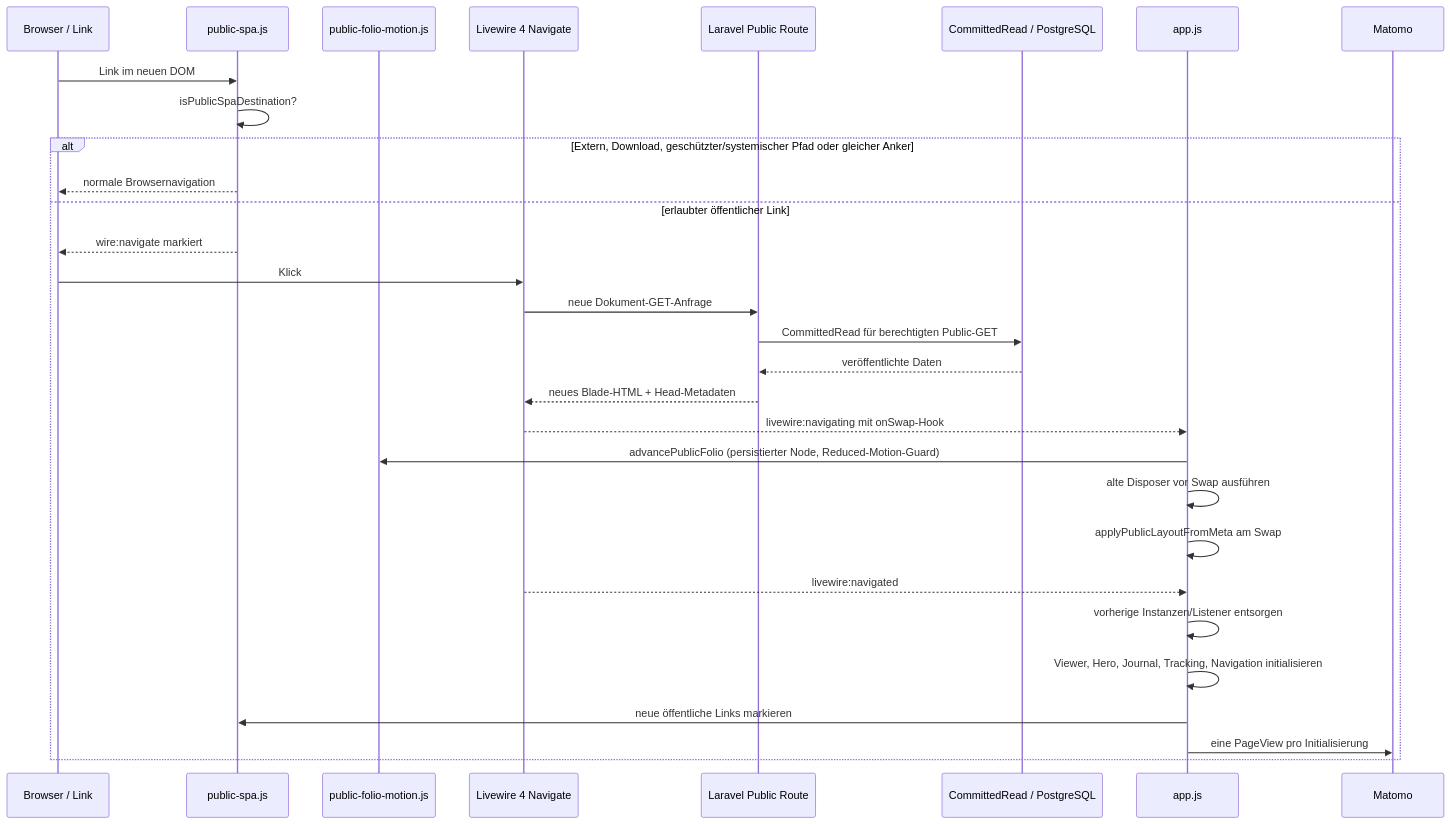
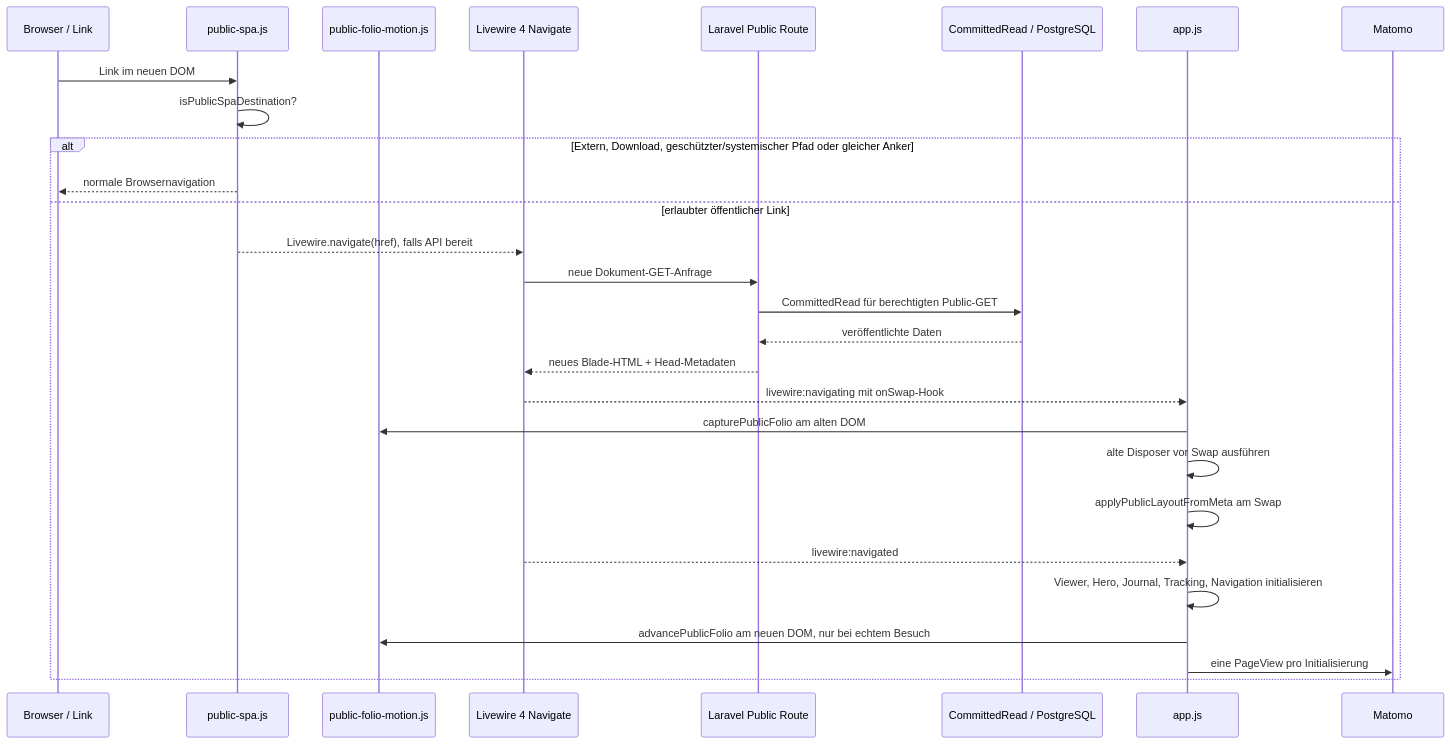
The diagram in docs/architecture/public-spa-lifecycle.md (Wiiii90/moeller-lars), drawn with Mermaid before and after one commit. The commit also changed other lines of this file and 6 other files, not shown here.

Commit message:
docs: align CSP-safe Livewire navigation, 20 routes, WAAPI folio and Journal fold

````diff
--- a/docs/architecture/public-spa-lifecycle.md
+++ b/docs/architecture/public-spa-lifecycle.md
@@ -11,33 +11,31 @@
 ```mermaid
 sequenceDiagram
     participant User as Browser / Link
     participant Filter as public-spa.js
     participant Folio as public-folio-motion.js
     participant LW as Livewire 4 Navigate
     participant PHP as Laravel Public Route
     participant DB as CommittedRead / PostgreSQL
     participant Boot as app.js
     participant Track as Matomo
 
     User->>Filter: Link im neuen DOM
     Filter->>Filter: isPublicSpaDestination?
     alt Extern, Download, geschützter/systemischer Pfad oder gleicher Anker
         Filter-->>User: normale Browsernavigation
     else erlaubter öffentlicher Link
-        Filter-->>User: wire:navigate markiert
-        User->>LW: Klick
+        Filter-->>LW: Livewire.navigate(href), falls API bereit
         LW->>PHP: neue Dokument-GET-Anfrage
         PHP->>DB: CommittedRead für berechtigten Public-GET
         DB-->>PHP: veröffentlichte Daten
         PHP-->>LW: neues Blade-HTML + Head-Metadaten
         LW-->>Boot: livewire:navigating mit onSwap-Hook
-        Boot->>Folio: advancePublicFolio (persistierter Node, Reduced-Motion-Guard)
+        Boot->>Folio: capturePublicFolio am alten DOM
         Boot->>Boot: alte Disposer vor Swap ausführen
         Boot->>Boot: applyPublicLayoutFromMeta am Swap
         LW-->>Boot: livewire:navigated
-        Boot->>Boot: vorherige Instanzen/Listener entsorgen
         Boot->>Boot: Viewer, Hero, Journal, Tracking, Navigation initialisieren
-        Boot->>Filter: neue öffentliche Links markieren
+        Boot->>Folio: advancePublicFolio am neuen DOM, nur bei echtem Besuch
         Boot->>Track: eine PageView pro Initialisierung
     end
 ```
````
